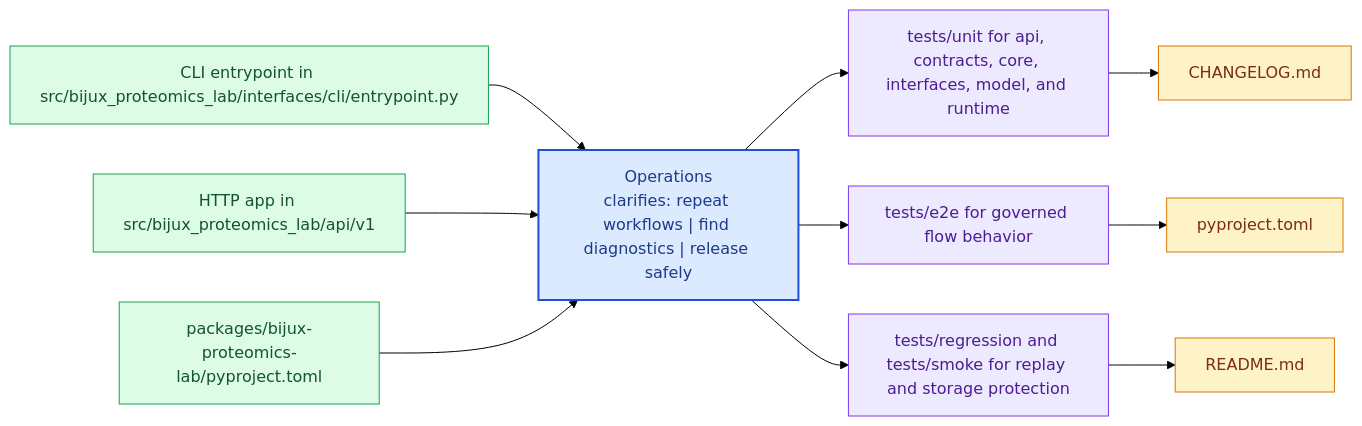
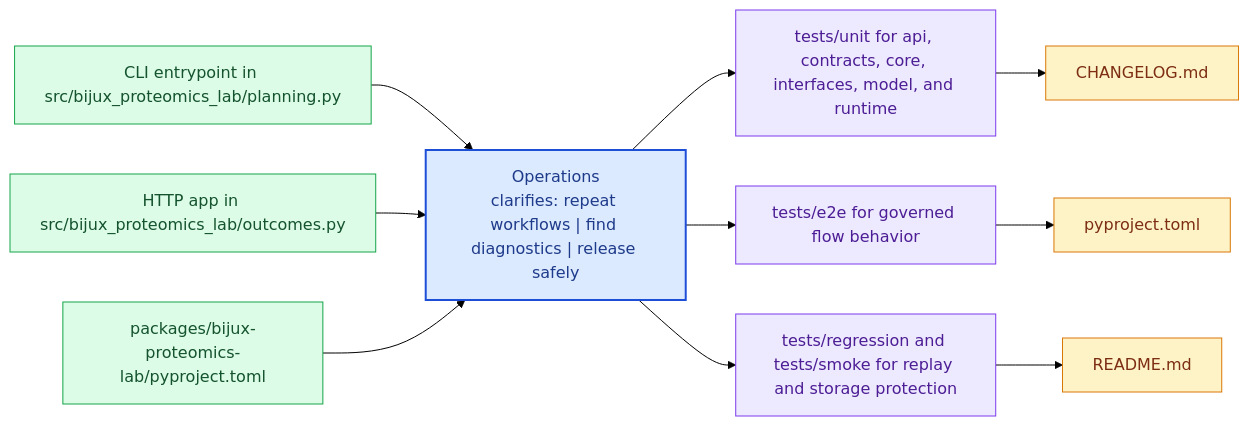
The diagram in docs/bijux-proteomics-lab/operations/index.md (bijux/bijux-proteomics), drawn with Mermaid (forest theme) before and after one commit. The commit also changed 24 other files, not shown here.

Commit message:
docs(bijux-proteomics-lab): align handbook with assay planning and outcome loops

````diff
--- a/docs/bijux-proteomics-lab/operations/index.md
+++ b/docs/bijux-proteomics-lab/operations/index.md
@@ -20,31 +20,31 @@
 ```mermaid
 flowchart LR
     page["Operations<br/>clarifies: repeat workflows | find diagnostics | release safely"]
     classDef page fill:#dbeafe,stroke:#1d4ed8,color:#1e3a8a,stroke-width:2px;
     classDef positive fill:#dcfce7,stroke:#16a34a,color:#14532d;
     classDef caution fill:#fee2e2,stroke:#dc2626,color:#7f1d1d;
     classDef anchor fill:#ede9fe,stroke:#7c3aed,color:#4c1d95;
     classDef action fill:#fef3c7,stroke:#d97706,color:#7c2d12;
-    step1["CLI entrypoint in src/bijux_proteomics_lab/interfaces/cli/entrypoint.py"]
+    step1["CLI entrypoint in src/bijux_proteomics_lab/planning.py"]
     step1 --> page
-    step2["HTTP app in src/bijux_proteomics_lab/api/v1"]
+    step2["HTTP app in src/bijux_proteomics_lab/outcomes.py"]
     step2 --> page
     step3["packages/bijux-proteomics-lab/pyproject.toml"]
     step3 --> page
     run1["tests/unit for api, contracts, core, interfaces, model, and runtime"]
     page --> run1
     run2["tests/e2e for governed flow behavior"]
     page --> run2
     run3["tests/regression and tests/smoke for replay and storage protection"]
     page --> run3
     release1["CHANGELOG.md"]
     run1 --> release1
     release2["pyproject.toml"]
     run2 --> release2
     release3["README.md"]
     run3 --> release3
     class page page;
     class step1,step2,step3 positive;
     class run1,run2,run3 anchor;
     class release1,release2,release3 action;
 ```
````
